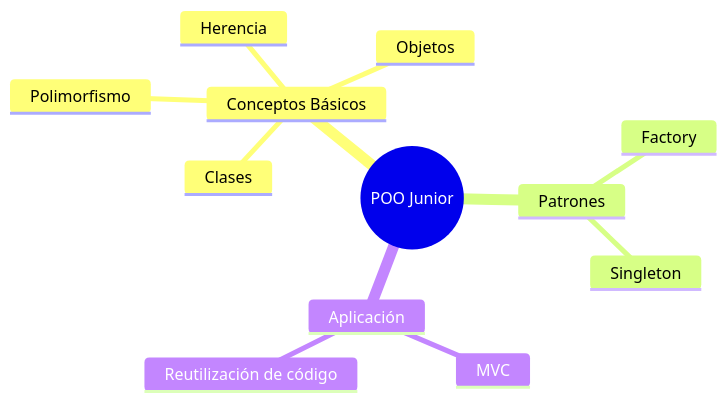
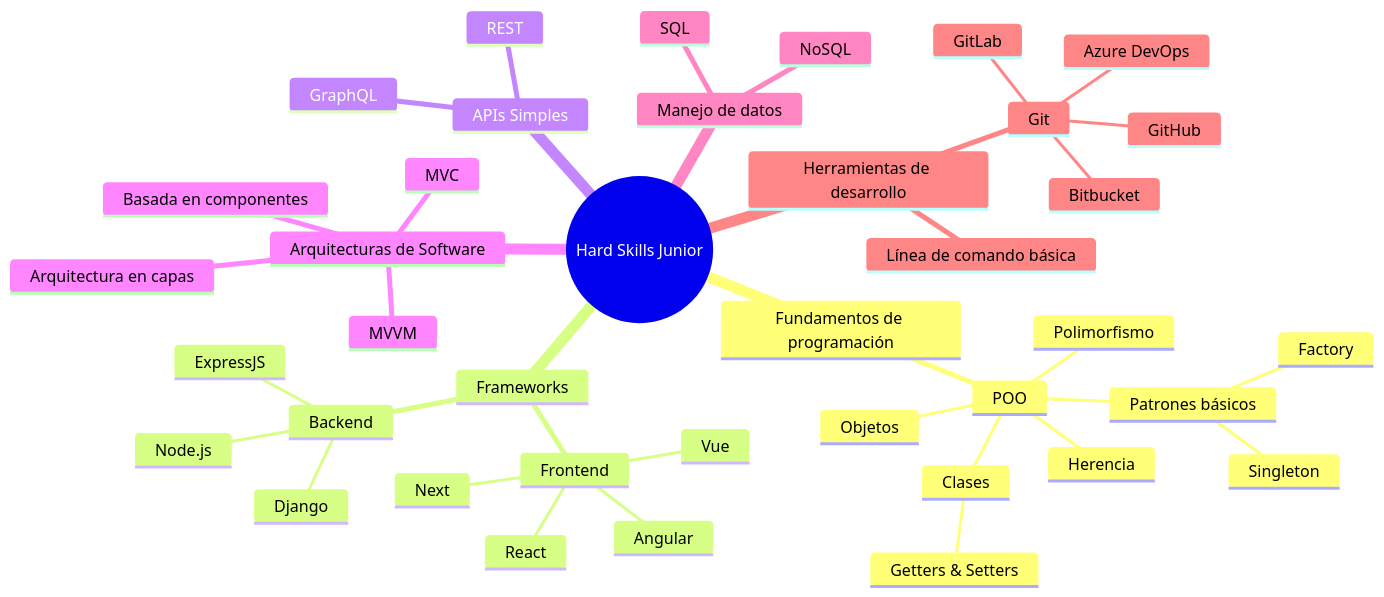
Before and after one commit to EdgarRangelInnovate/EdgarRangelInnovate: the first of 14 diagrams in knowledge/tech/junior.md, drawn with Mermaid. The commit also changed other lines of this file and 5 other files, not shown here.

Commit message:
Enhance junior developer skills documentation with detailed programming concepts, design patterns, and software architectures. Added sections on POO, Factory, and Singleton patterns, along with practical examples and mind maps for better understanding.

`````diff
--- a/knowledge/tech/junior.md
+++ b/knowledge/tech/junior.md
@@ -20,15 +9,42 @@
-````mermaid
+```mermaid
 mindmap
-  root((POO Junior))
-    Conceptos Básicos
-      Clases
-      Objetos
-      Herencia
-      Polimorfismo
-    Patrones
-      Factory
-      Singleton
-    Aplicación
+  root((Hard Skills Junior))
+    Fundamentos de programación
+      POO
+        Clases
+          Getters & Setters
+        Objetos
+        Herencia
+        Polimorfismo
+        Patrones básicos
+          Factory
+          Singleton
+    Frameworks
+      Frontend
+        React
+        Angular
+        Vue
+        Next
+      Backend
+        Django
+        ExpressJS
+        Node.js
+    APIs Simples
+      REST
+      GraphQL
+    Arquitecturas de Software
       MVC
-      Reutilización de código
-````
+      MVVM
+      Arquitectura en capas
+      Basada en componentes
+    Manejo de datos
+      SQL
+      NoSQL
+    Herramientas de desarrollo
+      Git
+        GitHub
+        GitLab
+        Bitbucket
+        Azure DevOps
+      Línea de comando básica
+```
`````
